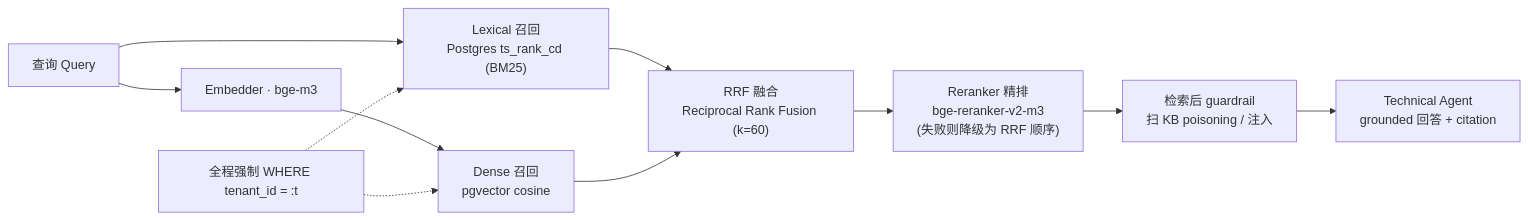
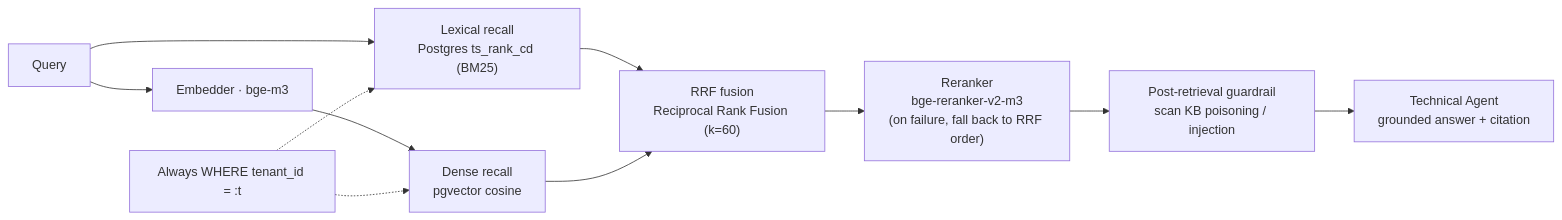
Before and after one commit to AndyUneducated/resolve-ai: the diagram in docs/milestone-6-plan.md, drawn with Mermaid. The commit also changed other lines of this file and 79 other files, not shown here.

````diff
--- a/docs/milestone-6-plan.md
+++ b/docs/milestone-6-plan.md
@@ -17,13 +17,13 @@
 ```mermaid
 flowchart LR
-  q["查询 Query"] --> emb["Embedder · bge-m3"]
-  q --> lex["Lexical 召回<br/>Postgres ts_rank_cd (BM25)"]
-  emb --> dense["Dense 召回<br/>pgvector cosine"]
-  lex --> rrf["RRF 融合<br/>Reciprocal Rank Fusion (k=60)"]
+  q["Query"] --> emb["Embedder · bge-m3"]
+  q --> lex["Lexical recall<br/>Postgres ts_rank_cd (BM25)"]
+  emb --> dense["Dense recall<br/>pgvector cosine"]
+  lex --> rrf["RRF fusion<br/>Reciprocal Rank Fusion (k=60)"]
   dense --> rrf
-  rrf --> rerank["Reranker 精排<br/>bge-reranker-v2-m3<br/>(失败则降级为 RRF 顺序)"]
-  rerank --> guard["检索后 guardrail<br/>扫 KB poisoning / 注入"]
-  guard --> ans["Technical Agent<br/>grounded 回答 + citation"]
-  note["全程强制 WHERE tenant_id = :t"] -.-> lex
+  rrf --> rerank["Reranker<br/>bge-reranker-v2-m3<br/>(on failure, fall back to RRF order)"]
+  rerank --> guard["Post-retrieval guardrail<br/>scan KB poisoning / injection"]
+  guard --> ans["Technical Agent<br/>grounded answer + citation"]
+  note["Always WHERE tenant_id = :t"] -.-> lex
   note -.-> dense
 ```
````
